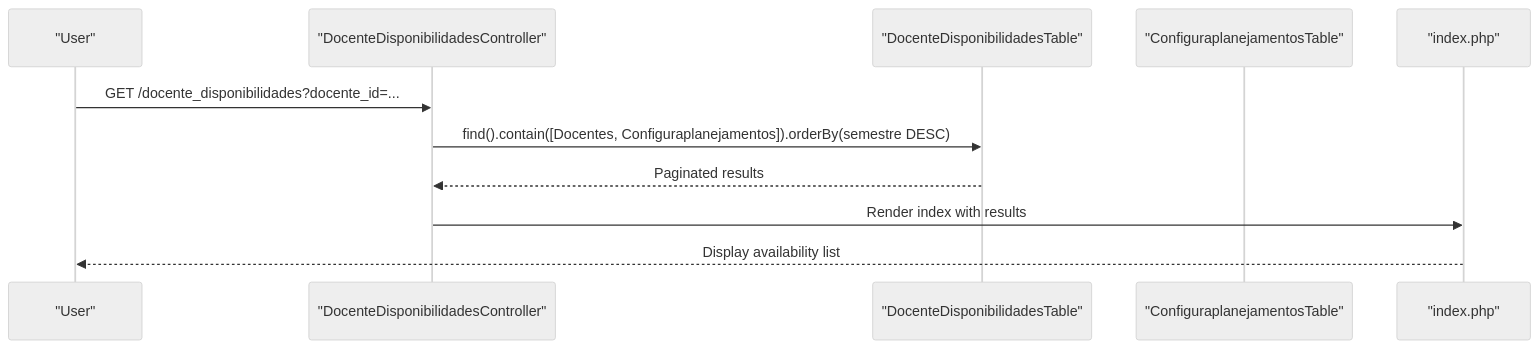
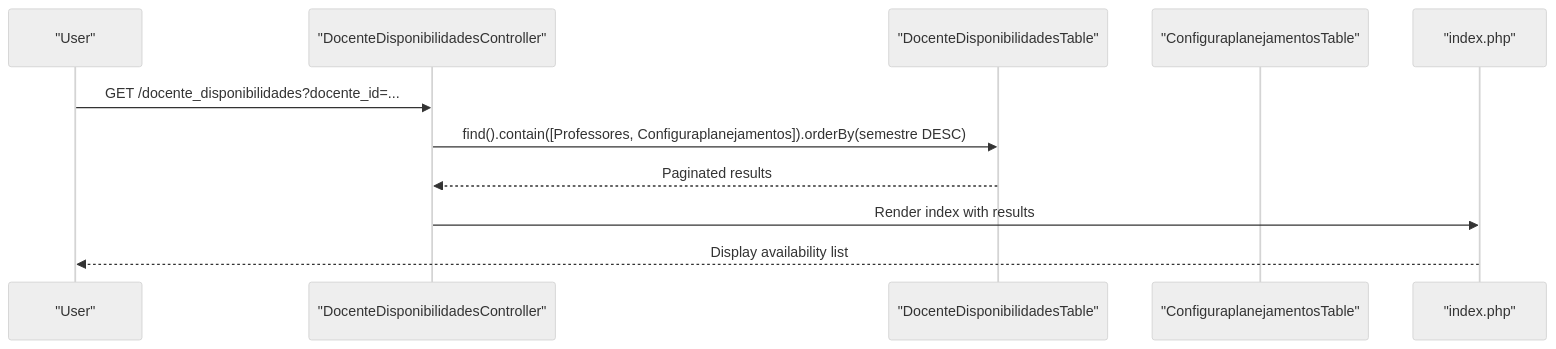
One commit to luiseduacosta/planejamento5 changed the fourth of 6 diagrams in .qoder/repowiki/en/content/Project Overview/Core Features Overview/Faculty Management/Faculty Availability Tracking.md. Above: the diagram before and after it, drawn with Mermaid (neutral theme). The commit also changed other lines of this file and 37 other files, not shown here.

Commit message:
repowiki: rename Docentes → Professores in metadata

````diff
--- a/.qoder/repowiki/en/content/Project Overview/Core Features Overview/Faculty Management/Faculty Availability Tracking.md
+++ b/.qoder/repowiki/en/content/Project Overview/Core Features Overview/Faculty Management/Faculty Availability Tracking.md
@@ -230,13 +230,13 @@
 ```mermaid
 sequenceDiagram
 participant U as "User"
 participant C as "DocenteDisponibilidadesController"
 participant T as "DocenteDisponibilidadesTable"
 participant CT as "ConfiguraplanejamentosTable"
 participant V as "index.php"
 U->>C : GET /docente_disponibilidades?docente_id=...
-C->>T : find().contain([Docentes, Configuraplanejamentos]).orderBy(semestre DESC)
+C->>T : find().contain([Professores, Configuraplanejamentos]).orderBy(semestre DESC)
 T-->>C : Paginated results
 C->>V : Render index with results
 V-->>U : Display availability list
 ```
````
